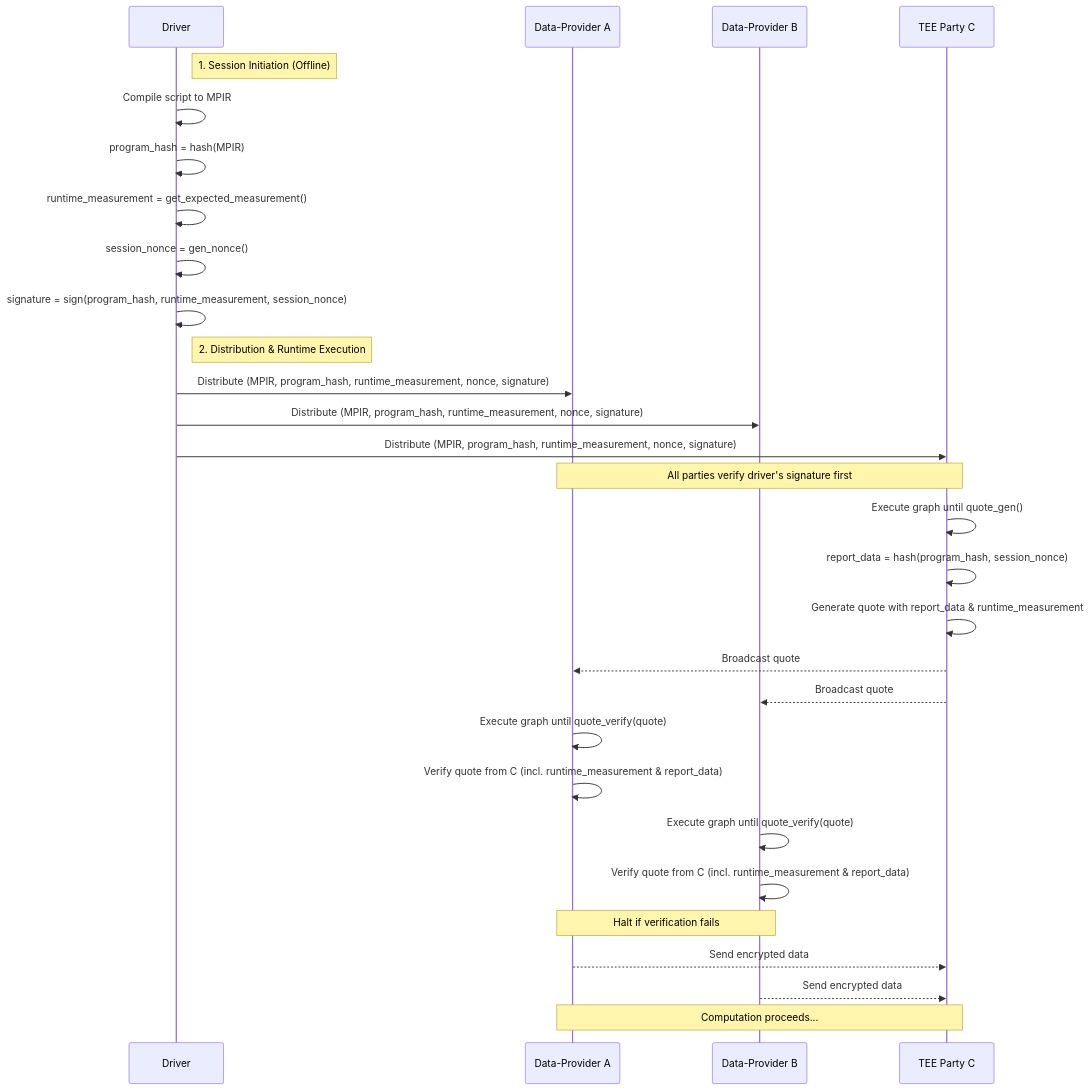
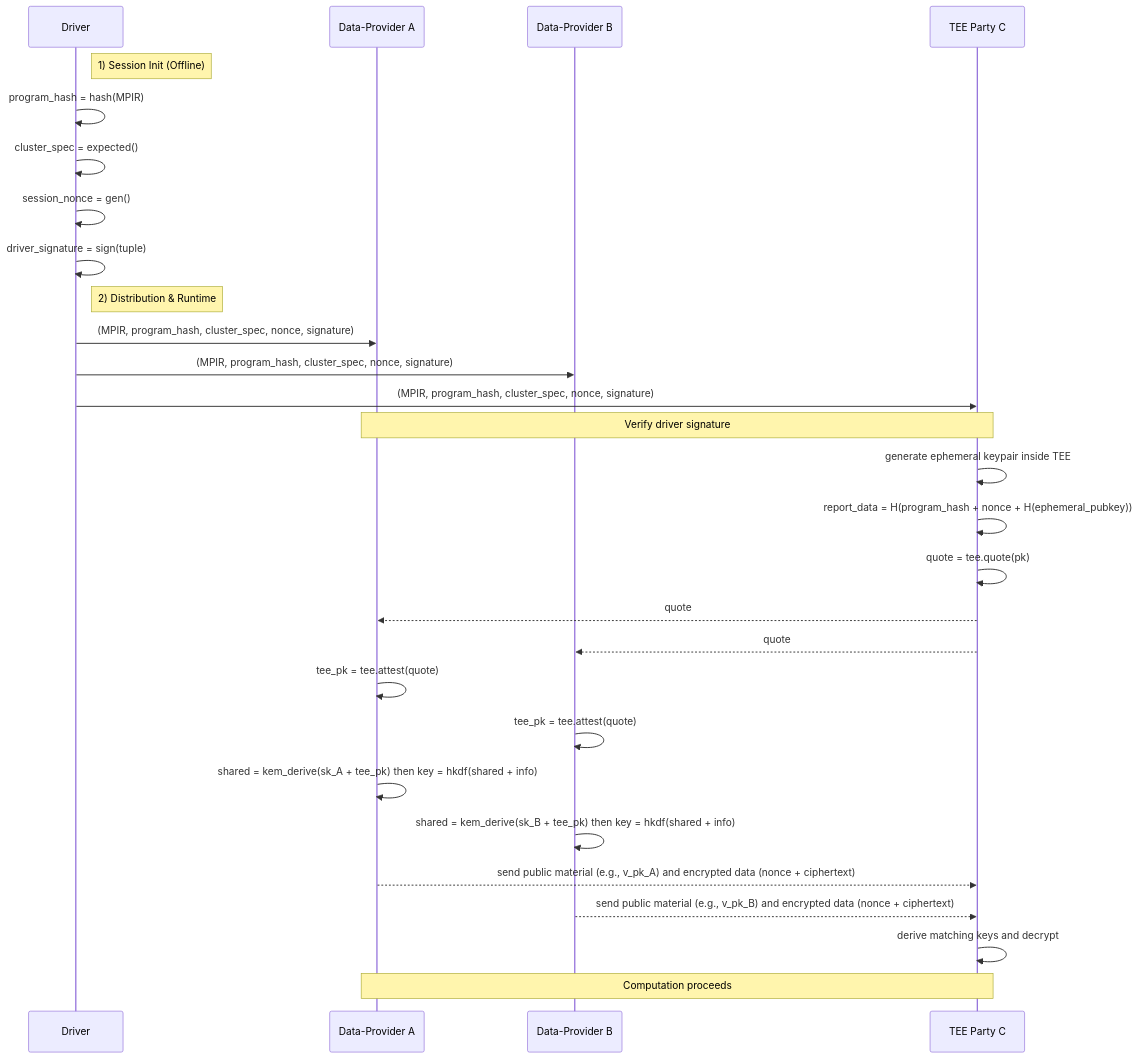
The diagram in design/tee_design.md (secretflow/mplang), drawn with Mermaid before and after one commit. The commit also changed other lines of this file and 17 other files, not shown here.

````diff
--- a/design/tee_design.md
+++ b/design/tee_design.md
@@ -73,40 +122,38 @@
 ```mermaid
 sequenceDiagram
-    participant Driver
-    participant A as Data-Provider A
-    participant B as Data-Provider B
-    participant C as TEE Party C
+  participant Driver
+  participant A as Data-Provider A
+  participant B as Data-Provider B
+  participant C as TEE Party C
 
-    note right of Driver: 1. Session Initiation (Offline)
-    Driver->>Driver: Compile script to MPIR
-    Driver->>Driver: program_hash = hash(MPIR)
-    Driver->>Driver: runtime_measurement = get_expected_measurement()
-    Driver->>Driver: session_nonce = gen_nonce()
-    Driver->>Driver: signature = sign(program_hash, runtime_measurement, session_nonce)
+  note right of Driver: 1) Session Init (Offline)
+  Driver->>Driver: program_hash = hash(MPIR)
+  Driver->>Driver: cluster_spec = expected()
+  Driver->>Driver: session_nonce = gen()
+  Driver->>Driver: driver_signature = sign(tuple)
 
-    note right of Driver: 2. Distribution & Runtime Execution
-    Driver->>A: Distribute (MPIR, program_hash, runtime_measurement, nonce, signature)
-    Driver->>B: Distribute (MPIR, program_hash, runtime_measurement, nonce, signature)
-    Driver->>C: Distribute (MPIR, program_hash, runtime_measurement, nonce, signature)
+  note right of Driver: 2) Distribution & Runtime
+  Driver->>A: (MPIR, program_hash, cluster_spec, nonce, signature)
+  Driver->>B: (MPIR, program_hash, cluster_spec, nonce, signature)
+  Driver->>C: (MPIR, program_hash, cluster_spec, nonce, signature)
 
-    note over A, C: All parties verify driver's signature first
+  note over A, C: Verify driver signature
 
-    C->>C: Execute graph until quote_gen()
-    C->>C: report_data = hash(program_hash, session_nonce)
-    C->>C: Generate quote with report_data & runtime_measurement
+  C->>C: generate ephemeral keypair inside TEE
+  C->>C: report_data = H(program_hash + nonce + H(ephemeral_pubkey))
+  C->>C: quote = tee.quote(pk)
 
-    C-->>A: Broadcast quote
-    C-->>B: Broadcast quote
+  C-->>A: quote
+  C-->>B: quote
 
-    A->>A: Execute graph until quote_verify(quote)
-    A->>A: Verify quote from C (incl. runtime_measurement & report_data)
-    B->>B: Execute graph until quote_verify(quote)
-    B->>B: Verify quote from C (incl. runtime_measurement & report_data)
+  A->>A: tee_pk = tee.attest(quote)
+  B->>B: tee_pk = tee.attest(quote)
 
-    note over A, B: Halt if verification fails
+  A->>A: shared = kem_derive(sk_A + tee_pk) then key = hkdf(shared + info)
+  B->>B: shared = kem_derive(sk_B + tee_pk) then key = hkdf(shared + info)
+  A-->>C: send public material (e.g., v_pk_A) and encrypted data (nonce + ciphertext)
+  B-->>C: send public material (e.g., v_pk_B) and encrypted data (nonce + ciphertext)
+  C->>C: derive matching keys and decrypt
 
-    A-->>C: Send encrypted data
-    B-->>C: Send encrypted data
-
-    note over A, C: Computation proceeds...
+  note over A, C: Computation proceeds
 ```
````
